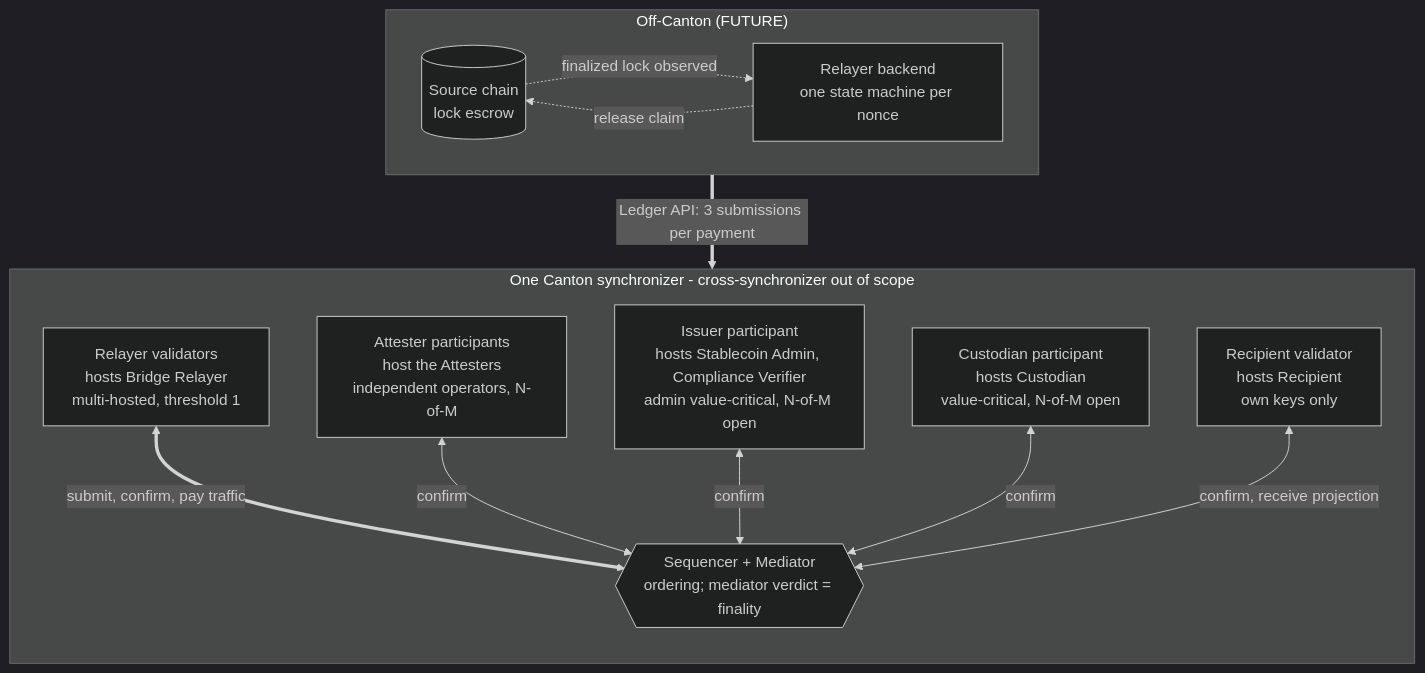
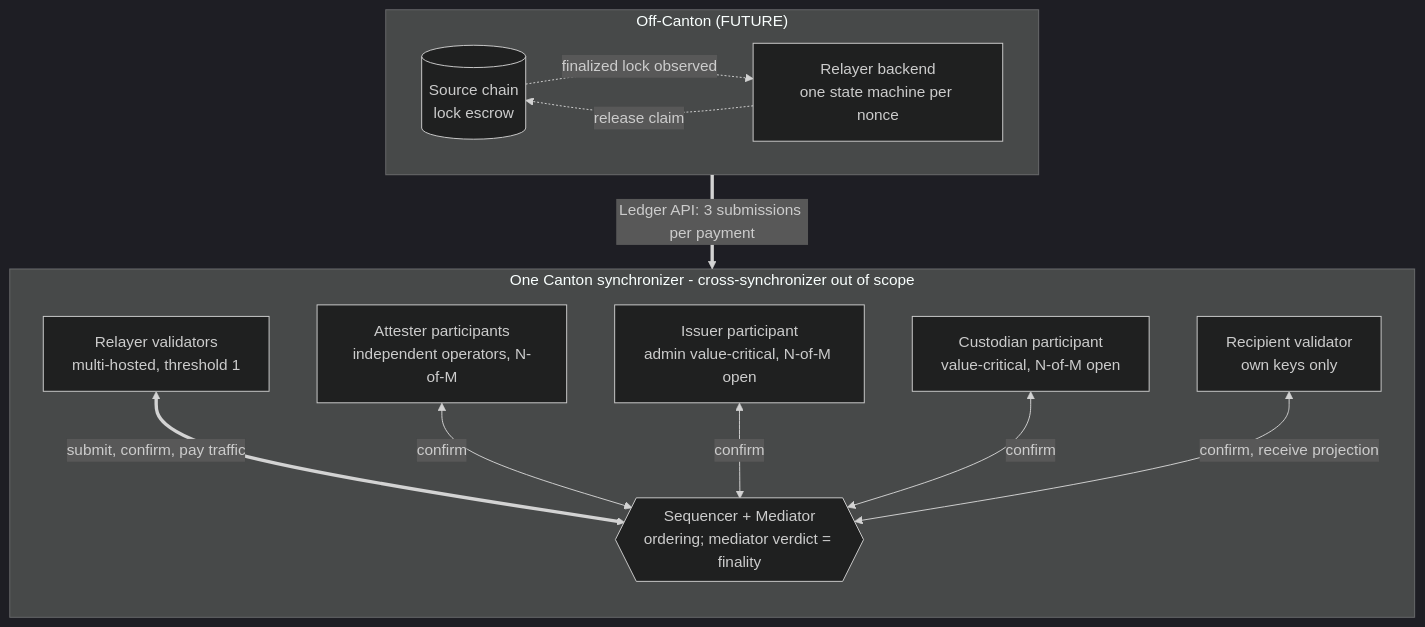
Before and after one commit to OpenZeppelin/canton-specs: the second of 6 diagrams in docs/reference-architectures/cross-chain-stablecoin.md, drawn with Mermaid (dark theme). The commit also changed other lines of this file, not shown here.

````diff
--- a/docs/reference-architectures/cross-chain-stablecoin.md
+++ b/docs/reference-architectures/cross-chain-stablecoin.md
@@ -221,28 +219,28 @@
 ```mermaid
 flowchart TB
     subgraph Off["Off-Canton (FUTURE)"]
         direction LR
         Chain[("Source chain<br/>lock escrow")]
         Backend["Relayer backend<br/>one state machine per nonce"]
     end
 
     subgraph Canton["One Canton synchronizer - cross-synchronizer out of scope"]
         direction TB
-        NRel["Relayer validators<br/>hosts Bridge Relayer<br/>multi-hosted, threshold 1"]
-        NAtt["Attester participants<br/>host the Attesters<br/>independent operators, N-of-M"]
-        NIss["Issuer participant<br/>hosts Stablecoin Admin, Compliance Verifier<br/>admin value-critical, N-of-M open"]
-        NCus["Custodian participant<br/>hosts Custodian<br/>value-critical, N-of-M open"]
-        NRec["Recipient validator<br/>hosts Recipient<br/>own keys only"]
+        NRel["Relayer validators<br/>multi-hosted, threshold 1"]
+        NAtt["Attester participants<br/>independent operators, N-of-M"]
+        NIss["Issuer participant<br/>admin value-critical, N-of-M open"]
+        NCus["Custodian participant<br/>value-critical, N-of-M open"]
+        NRec["Recipient validator<br/>own keys only"]
         Sync{{"Sequencer + Mediator<br/>ordering; mediator verdict = finality"}}
     end
 
     Chain -.->|"finalized lock observed"| Backend
     Backend -.->|"release claim"| Chain
     Backend ==>|"Ledger API: 3 submissions per payment"| NRel
 
     NRel <==>|"submit, confirm, pay traffic"| Sync
     NAtt <-->|"confirm"| Sync
     NIss <-->|"confirm"| Sync
     NCus <-->|"confirm"| Sync
     NRec <-->|"confirm, receive projection"| Sync
 ```
````
